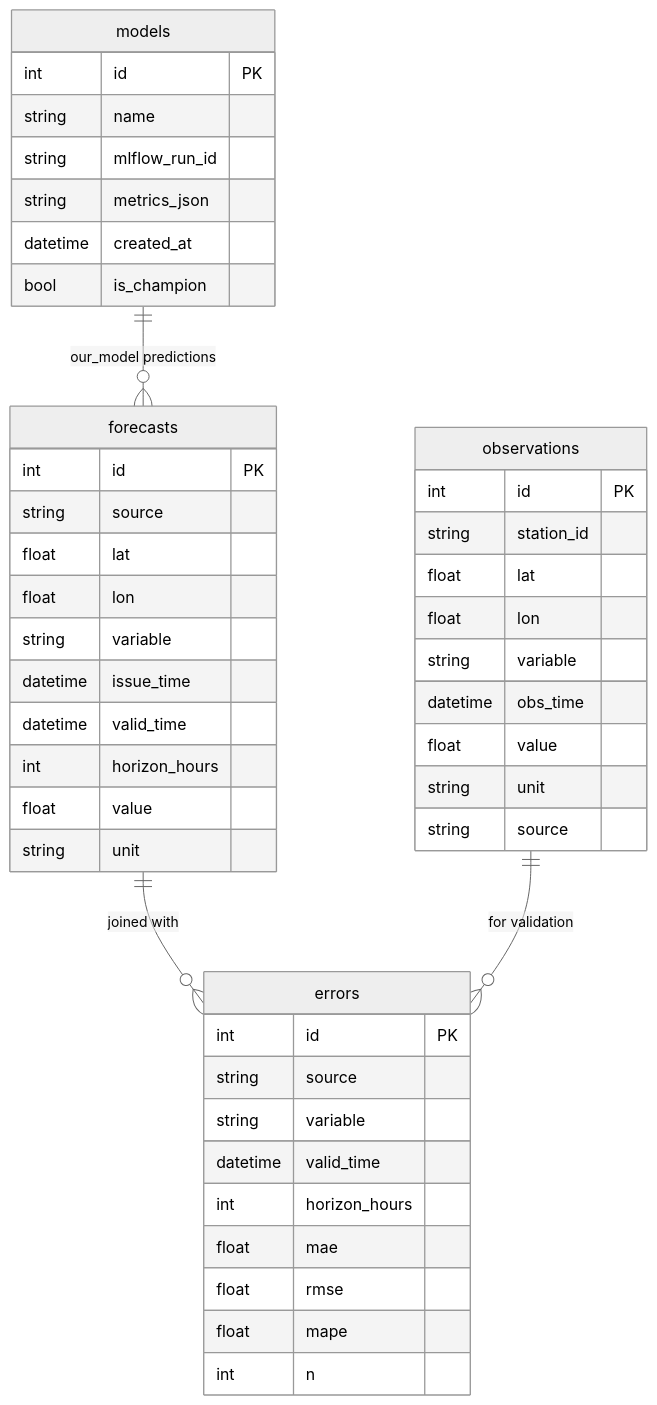
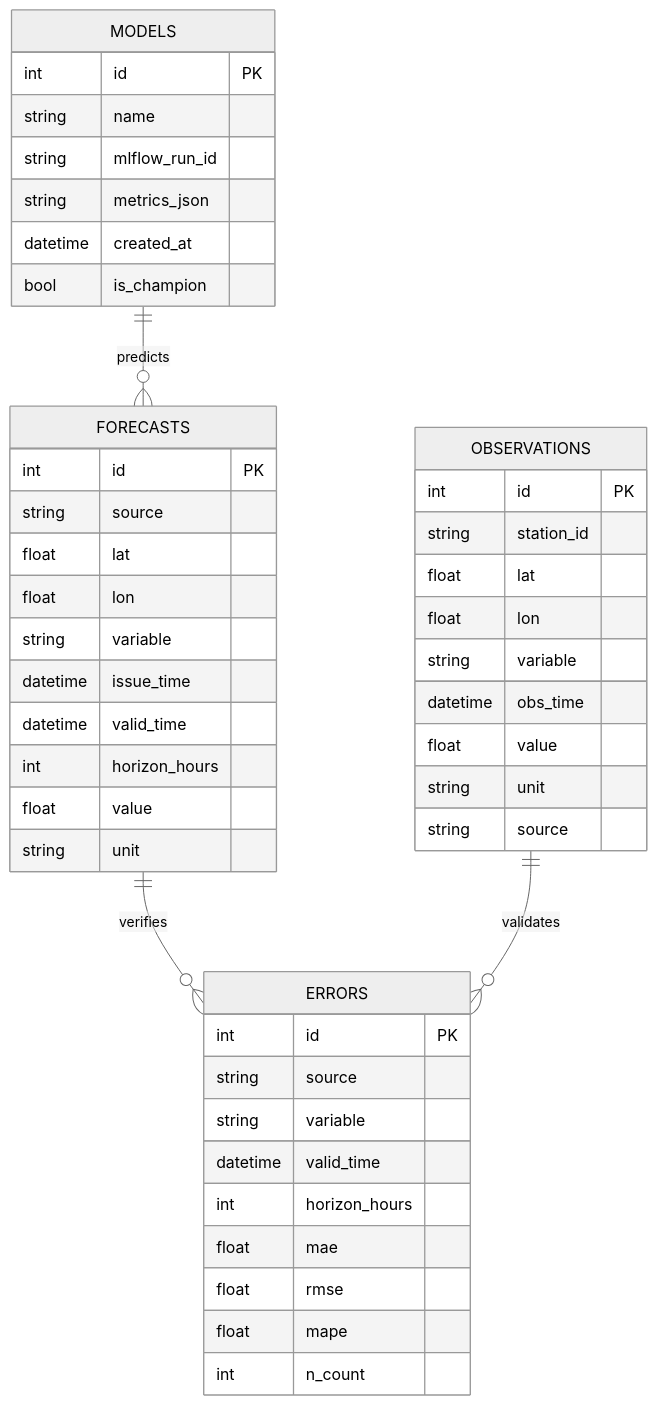
Before and after one commit to JepStar990/weather-mlops-forecasts: the third of 3 diagrams in README.md, drawn with Mermaid (neutral theme). The commit also changed other lines of this file, not shown here.

First line of the commit message:
fix: use ultra-conservative Mermaid syntax for GitHub renderer

````diff
--- a/README.md
+++ b/README.md
@@ -159,48 +130,48 @@
 ```mermaid
 erDiagram
-    forecasts {
+    FORECASTS {
         int id PK
         string source
         float lat
         float lon
         string variable
         datetime issue_time
         datetime valid_time
         int horizon_hours
         float value
         string unit
     }
-    observations {
+    OBSERVATIONS {
         int id PK
         string station_id
         float lat
         float lon
         string variable
         datetime obs_time
         float value
         string unit
         string source
     }
-    errors {
+    ERRORS {
         int id PK
         string source
         string variable
         datetime valid_time
         int horizon_hours
         float mae
         float rmse
         float mape
-        int n
+        int n_count
     }
-    models {
+    MODELS {
         int id PK
         string name
         string mlflow_run_id
         string metrics_json
         datetime created_at
         bool is_champion
     }
-    forecasts ||--o{ errors : "joined with"
-    observations ||--o{ errors : "for validation"
-    models ||--o{ forecasts : "our_model predictions"
+    FORECASTS ||--o{ ERRORS : verifies
+    OBSERVATIONS ||--o{ ERRORS : validates
+    MODELS ||--o{ FORECASTS : predicts
 ```
````
